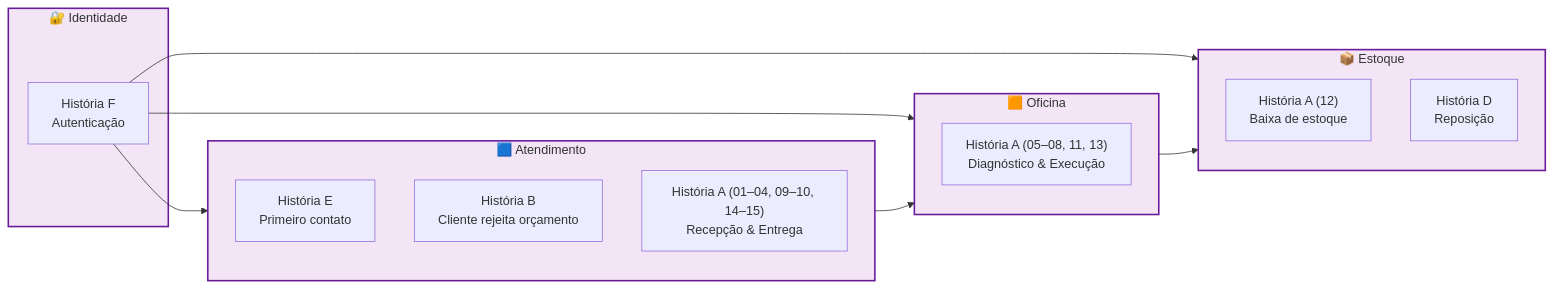
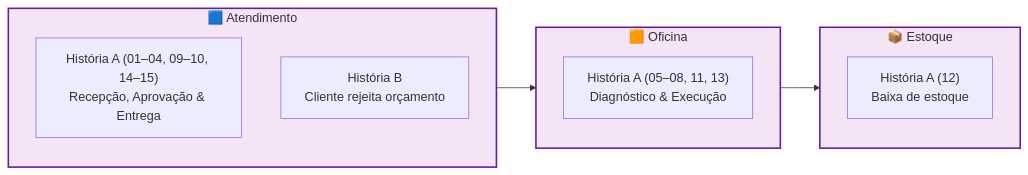
Before and after one commit to pedruvaz/tech-challenge-fiap: the fourth of 4 diagrams in docs/storytelling.md, drawn with Mermaid. The commit also changed other lines of this file, not shown here.

````diff
--- a/docs/storytelling.md
+++ b/docs/storytelling.md
@@ -293,30 +170,21 @@
 ```mermaid
 flowchart LR
-    subgraph Identidade["🔐 Identidade"]
-        F["História F<br/>Autenticação"]
-    end
-
     subgraph Atendimento["🟦 Atendimento"]
-        E["História E<br/>Primeiro contato"]
+        A1["História A (01–04, 09–10, 14–15)<br/>Recepção, Aprovação & Entrega"]
         B["História B<br/>Cliente rejeita orçamento"]
-        A1["História A (01–04, 09–10, 14–15)<br/>Recepção & Entrega"]
     end
 
     subgraph Oficina["🟧 Oficina"]
         A2["História A (05–08, 11, 13)<br/>Diagnóstico & Execução"]
     end
 
     subgraph Estoque["📦 Estoque"]
         A3["História A (12)<br/>Baixa de estoque"]
-        D["História D<br/>Reposição"]
     end
 
-    F --> Atendimento
-    F --> Oficina
-    F --> Estoque
     Atendimento --> Oficina
     Oficina --> Estoque
 
     classDef ctx fill:#f3e5f5,stroke:#6a1b9a,stroke-width:2px
-    class Identidade,Atendimento,Oficina,Estoque ctx
+    class Atendimento,Oficina,Estoque ctx
 ```
````
